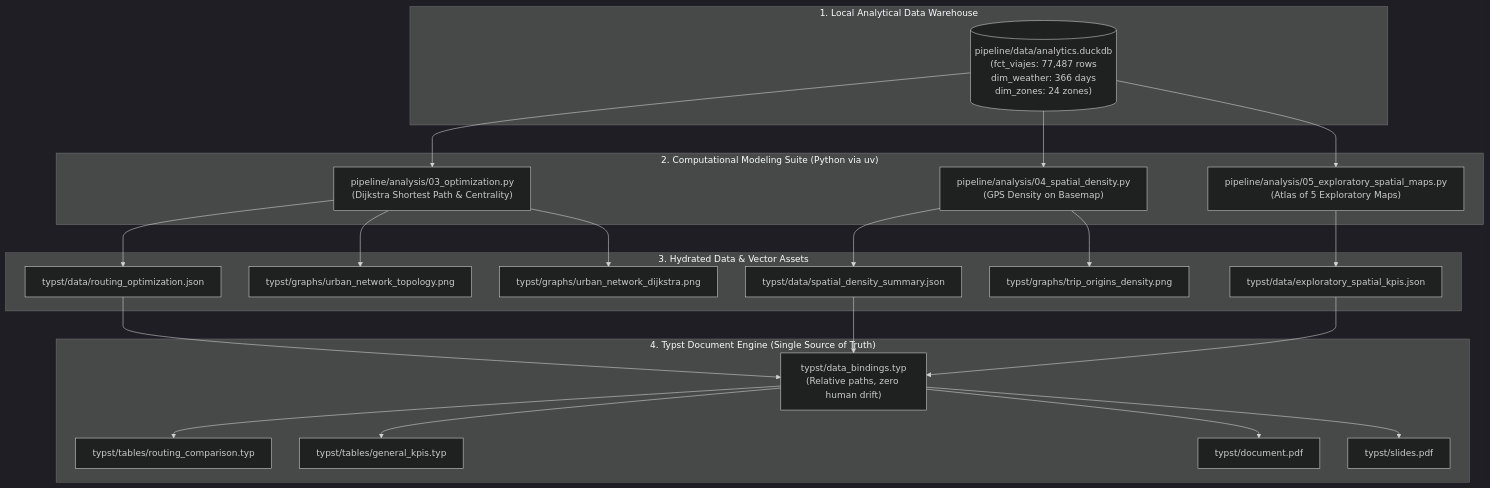
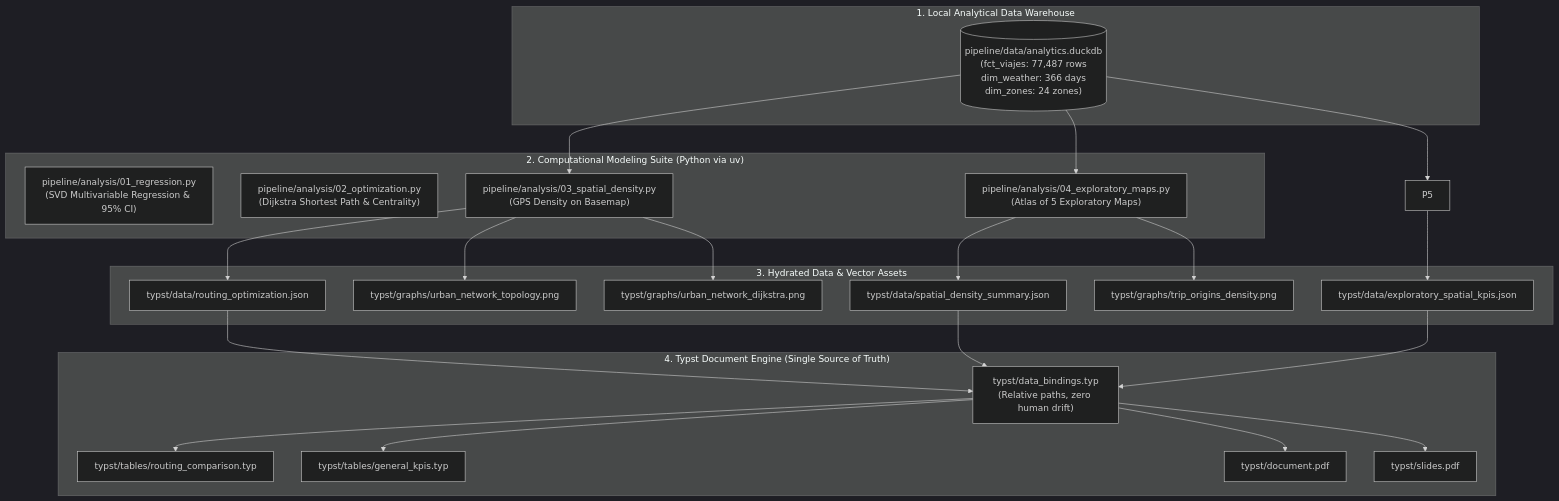
The first of 2 diagrams in doc/paper_completion_roadmap.md (vect-maker/integrador-four), drawn with Mermaid (dark theme) before and after one commit. The commit also changed other lines of this file and 8 other files, not shown here.

````diff
--- a/doc/paper_completion_roadmap.md
+++ b/doc/paper_completion_roadmap.md
@@ -25,36 +25,37 @@
 ```mermaid
 flowchart TD
     subgraph S1["1. Local Analytical Data Warehouse"]
         DuckDB[("pipeline/data/analytics.duckdb<br/>(fct_viajes: 77,487 rows<br/>dim_weather: 366 days<br/>dim_zones: 24 zones)")]
     end
 
     subgraph S2["2. Computational Modeling Suite (Python via uv)"]
-        P3["pipeline/analysis/03_optimization.py<br/>(Dijkstra Shortest Path & Centrality)"]
-        P4["pipeline/analysis/04_spatial_density.py<br/>(GPS Density on Basemap)"]
-        P5["pipeline/analysis/05_exploratory_spatial_maps.py<br/>(Atlas of 5 Exploratory Maps)"]
+        P1["pipeline/analysis/01_regression.py<br/>(SVD Multivariable Regression & 95% CI)"]
+        P2["pipeline/analysis/02_optimization.py<br/>(Dijkstra Shortest Path & Centrality)"]
+        P3["pipeline/analysis/03_spatial_density.py<br/>(GPS Density on Basemap)"]
+        P4["pipeline/analysis/04_exploratory_maps.py<br/>(Atlas of 5 Exploratory Maps)"]
     end
 
     subgraph S3["3. Hydrated Data & Vector Assets"]
         J3["typst/data/routing_optimization.json"]
         J4["typst/data/spatial_density_summary.json"]
         J5["typst/data/exploratory_spatial_kpis.json"]
         G3["typst/graphs/urban_network_topology.png"]
         G4["typst/graphs/urban_network_dijkstra.png"]
         G5["typst/graphs/trip_origins_density.png"]
     end
 
     subgraph S4["4. Typst Document Engine (Single Source of Truth)"]
         Bindings["typst/data_bindings.typ<br/>(Relative paths, zero human drift)"]
         T3["typst/tables/routing_comparison.typ"]
         T4["typst/tables/general_kpis.typ"]
         DocPDF["typst/document.pdf"]
         SlidesPDF["typst/slides.pdf"]
     end
 
     DuckDB --> P3 & P4 & P5
     P3 --> J3 & G3 & G4
     P4 --> J4 & G5
     P5 --> J5
     J3 & J4 & J5 --> Bindings
     Bindings --> T3 & T4 & DocPDF & SlidesPDF
 ```
````
